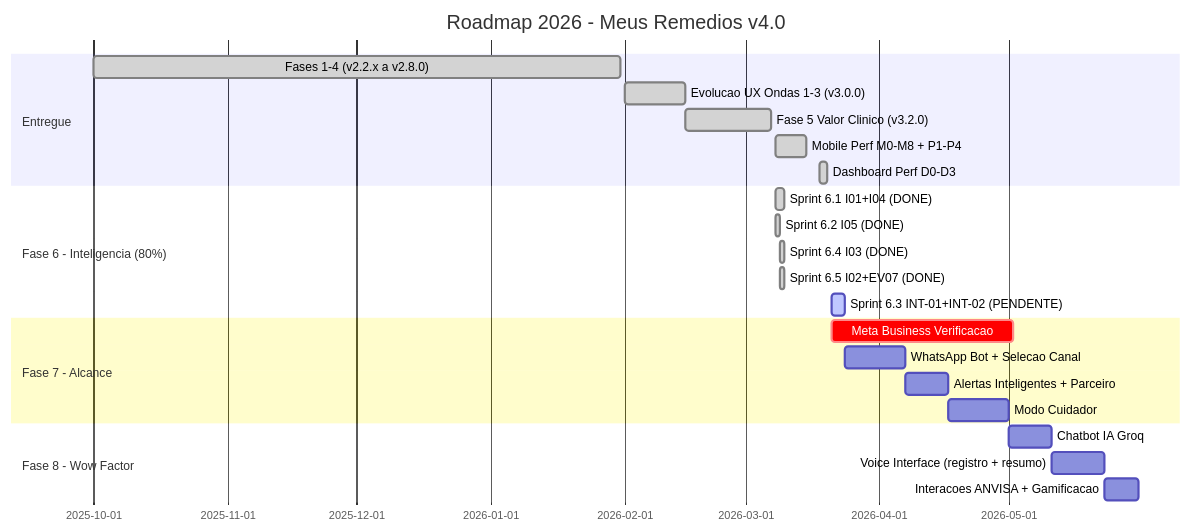
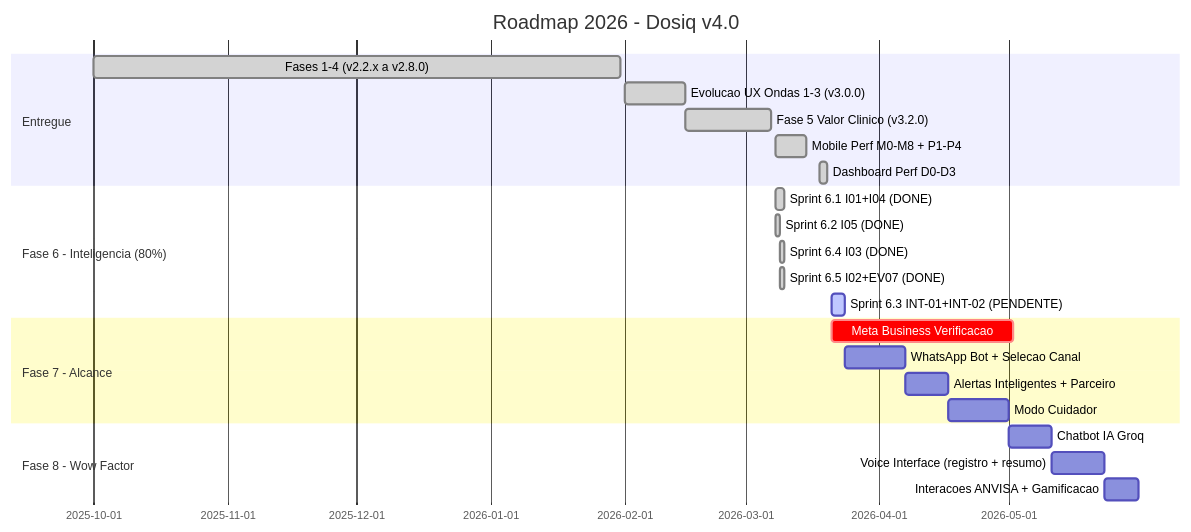
The diagram in plans/backlog-roadmap_v4/ROADMAP_v4.md (coelhotv/dosiq), drawn with Mermaid before and after one commit. The commit also changed other lines of this file and 106 other files, not shown here.

````diff
--- a/plans/backlog-roadmap_v4/ROADMAP_v4.md
+++ b/plans/backlog-roadmap_v4/ROADMAP_v4.md
@@ -259,30 +259,30 @@
 ```mermaid
 gantt
-    title Roadmap 2026 - Meus Remedios v4.0
+    title Roadmap 2026 - Dosiq v4.0
     dateFormat YYYY-MM-DD
 
     section Entregue
     Fases 1-4 (v2.2.x a v2.8.0)              :done, prev, 2025-10-01, 2026-01-31
     Evolucao UX Ondas 1-3 (v3.0.0)           :done, ux, 2026-02-01, 2026-02-15
     Fase 5 Valor Clinico (v3.2.0)             :done, f5, 2026-02-15, 2026-03-07
     Mobile Perf M0-M8 + P1-P4                 :done, mp, 2026-03-08, 2026-03-15
     Dashboard Perf D0-D3                       :done, dp, 2026-03-18, 2026-03-20
 
     section Fase 6 - Inteligencia (80%)
     Sprint 6.1 I01+I04 (DONE)                 :done, f6a, 2026-03-08, 2d
     Sprint 6.2 I05 (DONE)                     :done, f6b, 2026-03-08, 1d
     Sprint 6.4 I03 (DONE)                     :done, f6d, 2026-03-09, 1d
     Sprint 6.5 I02+EV07 (DONE)                :done, f6e, 2026-03-09, 1d
     Sprint 6.3 INT-01+INT-02 (PENDENTE)       :active, f6c, 2026-03-21, 3d
 
     section Fase 7 - Alcance
     Meta Business Verificacao                  :crit, meta, 2026-03-21, 42d
     WhatsApp Bot + Selecao Canal               :f7a, after f6c, 14d
     Alertas Inteligentes + Parceiro            :f7b, after f7a, 10d
     Modo Cuidador                              :f7c, after f7b, 14d
 
     section Fase 8 - Wow Factor
     Chatbot IA Groq                            :f8a, after f7c, 10d
     Voice Interface (registro + resumo)        :f8b, after f8a, 12d
     Interacoes ANVISA + Gamificacao            :f8c, after f8b, 8d
 ```
````
